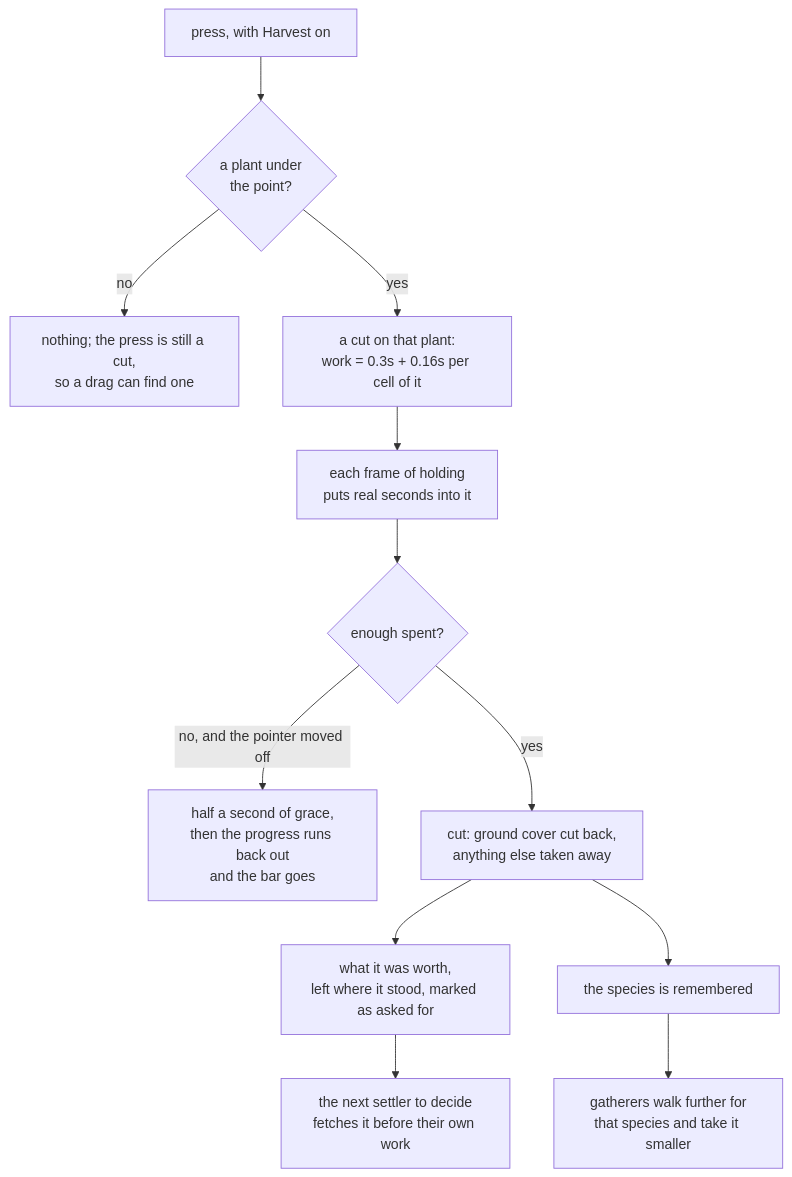
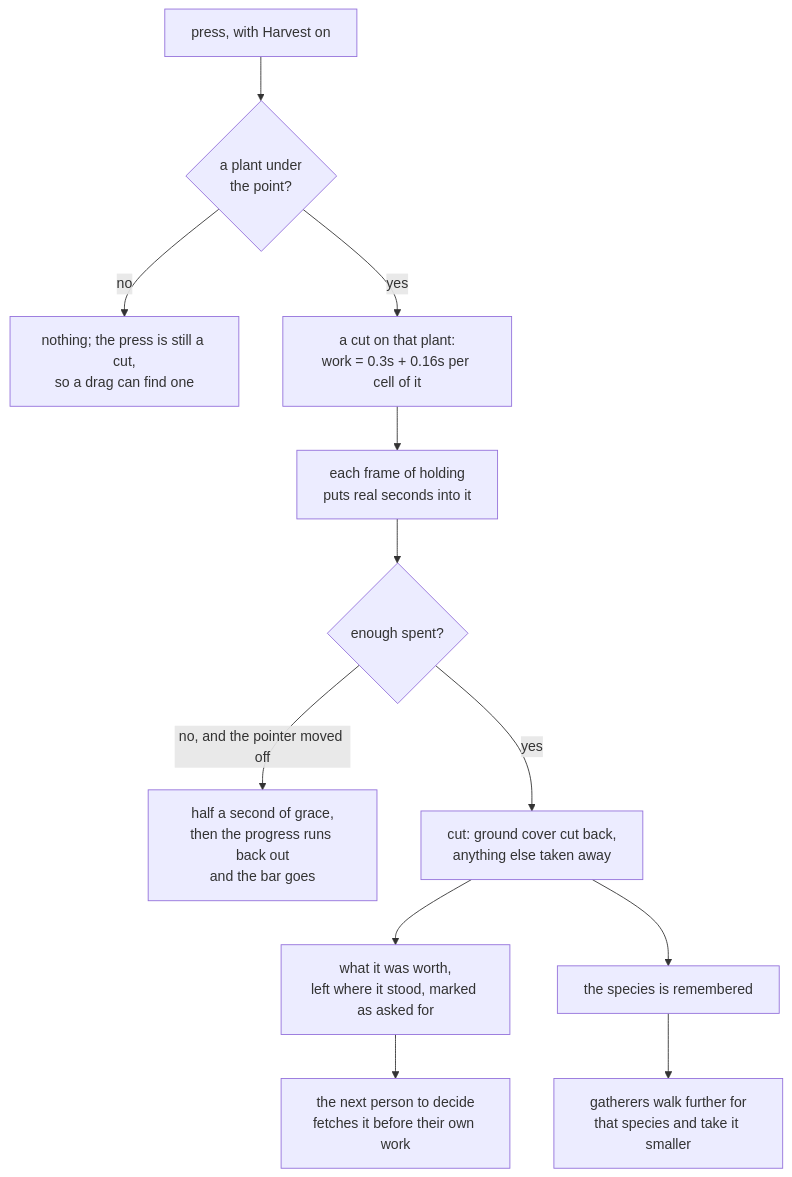
Diagram 20 of 47 in ARCHITECTURE.md (tmpk13/grow), drawn with Mermaid before and after one commit. The commit also changed other lines of this file and 58 other files, not shown here.

````diff
--- a/ARCHITECTURE.md
+++ b/ARCHITECTURE.md
@@ -955,14 +955,14 @@
 ```mermaid
 flowchart TD
   down["press, with Harvest on"] --> aim{"a plant under<br/>the point?"}
   aim -->|no| nothing["nothing; the press is still a cut,<br/>so a drag can find one"]
   aim -->|yes| bar["a cut on that plant:<br/>work = 0.3s + 0.16s per cell of it"]
   bar --> frame["each frame of holding<br/>puts real seconds into it"]
   frame --> done{"enough spent?"}
   done -->|no, and the pointer moved off| linger["half a second of grace,<br/>then the progress runs back out<br/>and the bar goes"]
   done -->|yes| reap["cut: ground cover cut back,<br/>anything else taken away"]
   reap --> piles["what it was worth,<br/>left where it stood, marked as asked for"]
   reap --> lore["the species is remembered"]
-  piles --> fetch["the next settler to decide<br/>fetches it before their own work"]
+  piles --> fetch["the next person to decide<br/>fetches it before their own work"]
   lore --> want["gatherers walk further for<br/>that species and take it smaller"]
 ```
````
